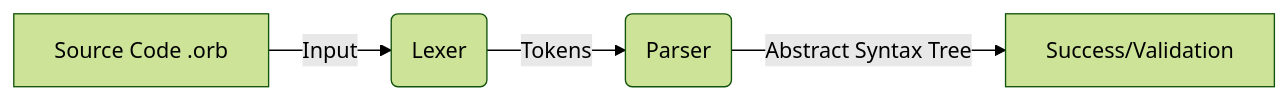
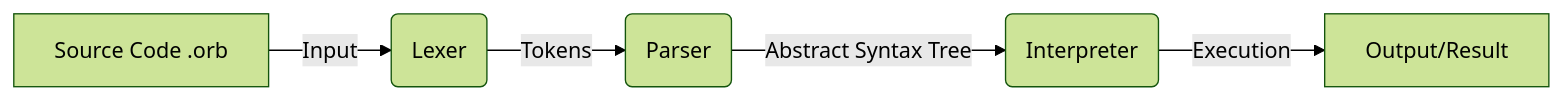
One commit to SphareCo/orbit_lang changed the diagram in README.md. Above: the diagram before and after it, drawn with Mermaid (forest theme). The commit also changed other lines of this file, not shown here.

First line of the commit message:
feat(interpreter): Add RuntimeValue system to handle dynamic data types

````diff
--- a/README.md
+++ b/README.md
@@ -26,6 +28,7 @@
 ```mermaid
 graph LR
     A[Source Code .orb] -->|Input| B(Lexer)
     B -->|Tokens| C(Parser)
-    C -->|Abstract Syntax Tree| D[Success/Validation]
+    C -->|Abstract Syntax Tree| D(Interpreter)
+    D -->|Execution| E[Output/Result]
 ```
````
